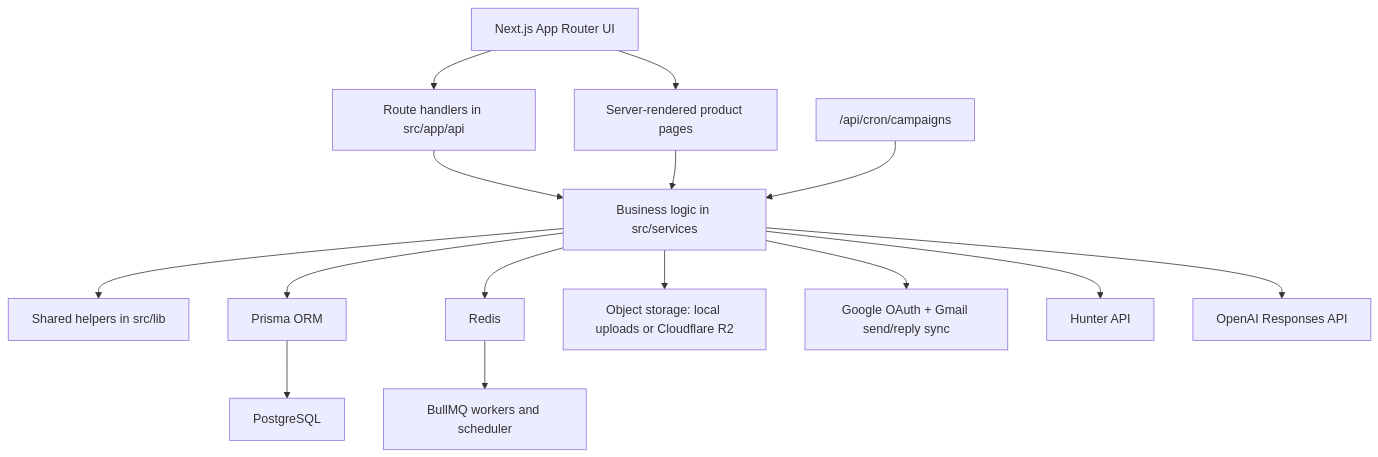
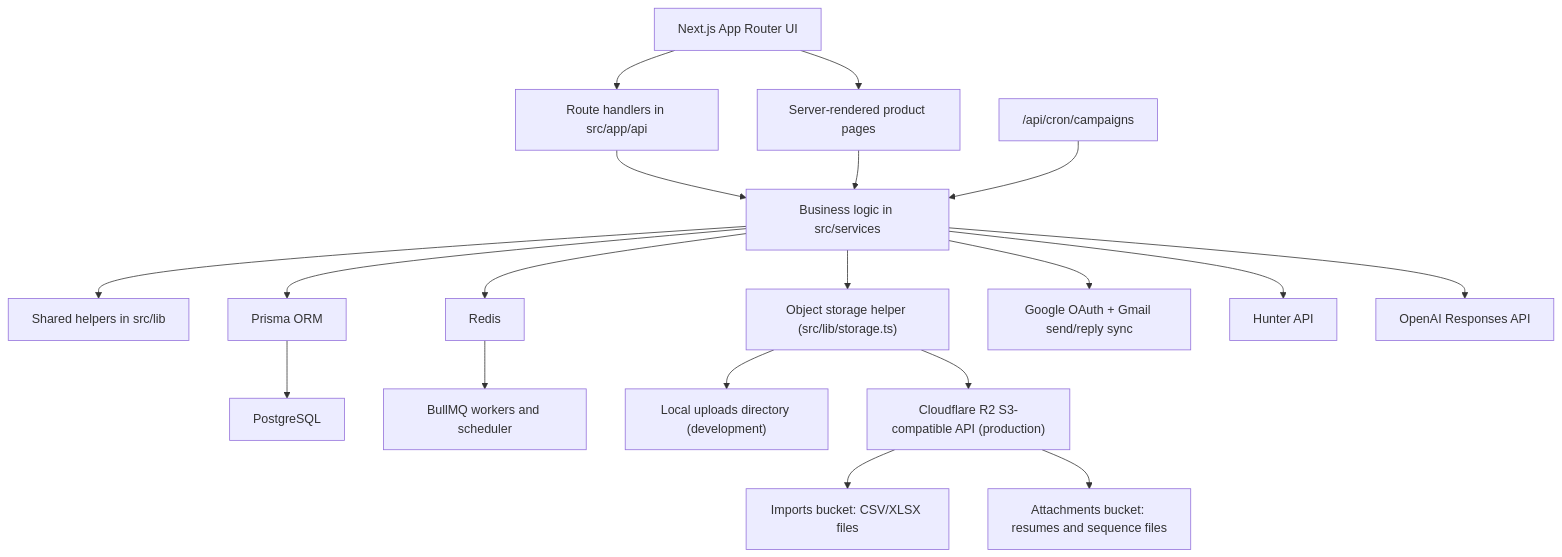
Before and after one commit to ka8540/Sendloom: the second of 2 diagrams in README.md, drawn with Mermaid. The commit also changed other lines of this file, not shown here.

Commit message:
Show Cloudflare R2 storage in README diagrams

````diff
--- a/README.md
+++ b/README.md
@@ -146,17 +149,21 @@
 ```mermaid
 flowchart TD
     UI["Next.js App Router UI"] --> API["Route handlers in src/app/api"]
     UI --> SSR["Server-rendered product pages"]
     API --> Services["Business logic in src/services"]
     SSR --> Services
     Services --> Lib["Shared helpers in src/lib"]
     Services --> Prisma["Prisma ORM"]
     Prisma --> Postgres["PostgreSQL"]
     Services --> Redis["Redis"]
     Redis --> Workers["BullMQ workers and scheduler"]
-    Services --> Storage["Object storage: local uploads or Cloudflare R2"]
+    Services --> Storage["Object storage helper (src/lib/storage.ts)"]
+    Storage --> Local["Local uploads directory (development)"]
+    Storage --> R2["Cloudflare R2 S3-compatible API (production)"]
+    R2 --> R2Imports["Imports bucket: CSV/XLSX files"]
+    R2 --> R2Attach["Attachments bucket: resumes and sequence files"]
     Services --> Google["Google OAuth + Gmail send/reply sync"]
     Services --> Hunter["Hunter API"]
     Services --> OpenAI["OpenAI Responses API"]
     Cron["/api/cron/campaigns"] --> Services
 ```
````
